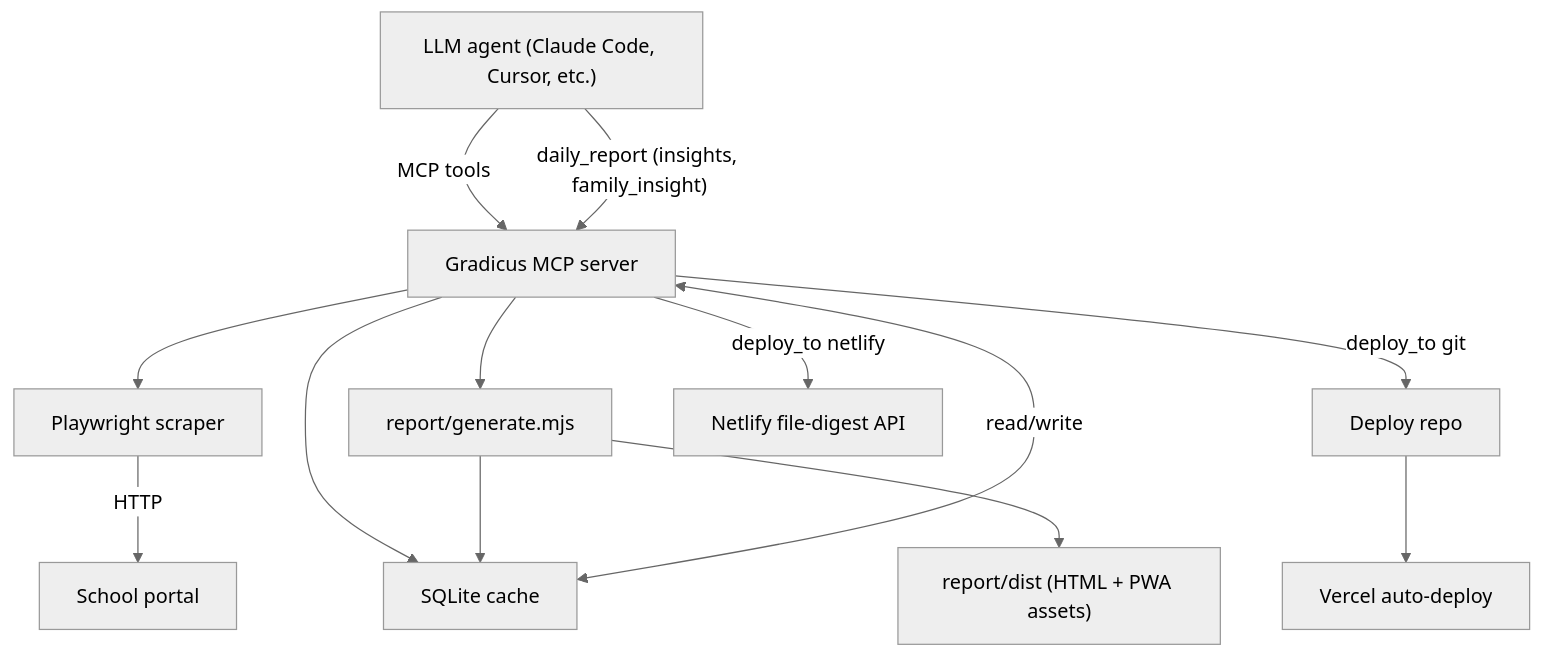
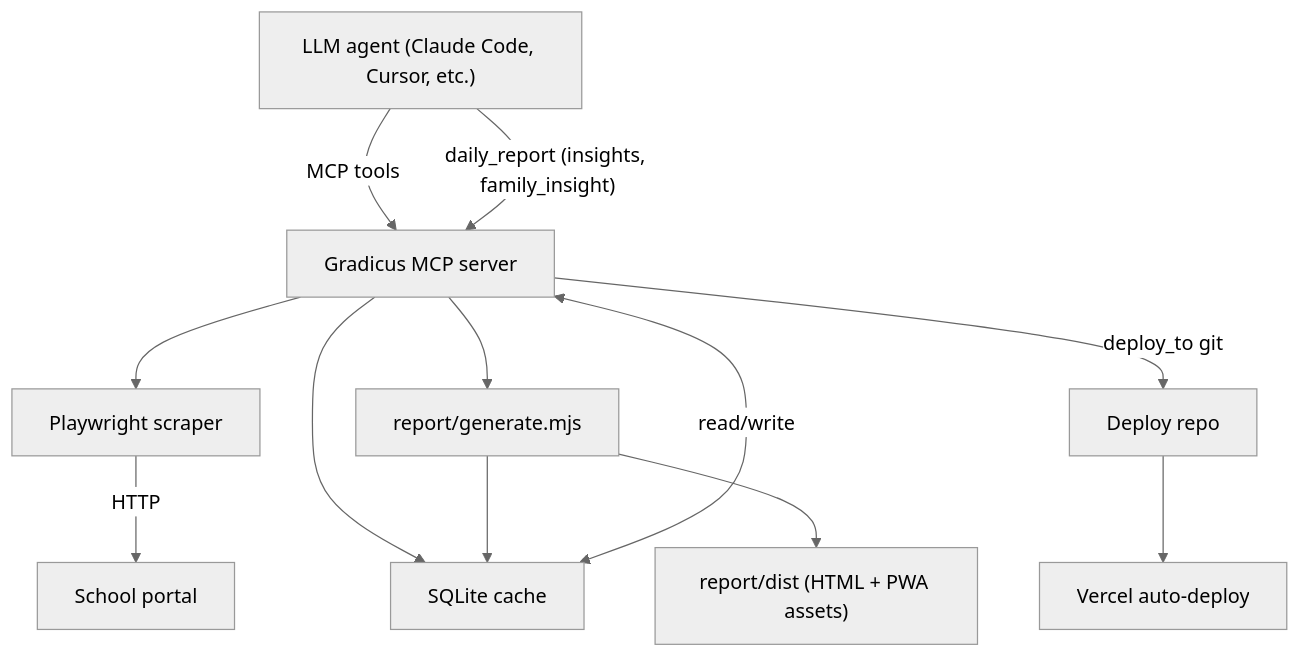
Before and after one commit to jeffhigham-f3/gradicus-mcp: the diagram in README.md, drawn with Mermaid (neutral theme). The commit also changed other lines of this file and 8 other files, not shown here.

First line of the commit message:
Remove Netlify deploy; add configurable report URL for Git deploy

````diff
--- a/README.md
+++ b/README.md
@@ -20,16 +20,15 @@
 ```mermaid
 flowchart TD
   Agent["LLM agent (Claude Code, Cursor, etc.)"] -->|MCP tools| Server["Gradicus MCP server"]
   Server --> Scraper["Playwright scraper"]
   Server --> Cache["SQLite cache"]
   Scraper -->|HTTP| Portal["School portal"]
   Cache <-->|read/write| Server
 
   Agent -->|"daily_report (insights, family_insight)"| Server
   Server --> Generator["report/generate.mjs"]
   Generator --> Cache
   Generator --> Dist["report/dist (HTML + PWA assets)"]
 
   Server -->|deploy_to git| GitRepo["Deploy repo"] --> Vercel["Vercel auto-deploy"]
-  Server -->|deploy_to netlify| Netlify["Netlify file-digest API"]
 ```
````
